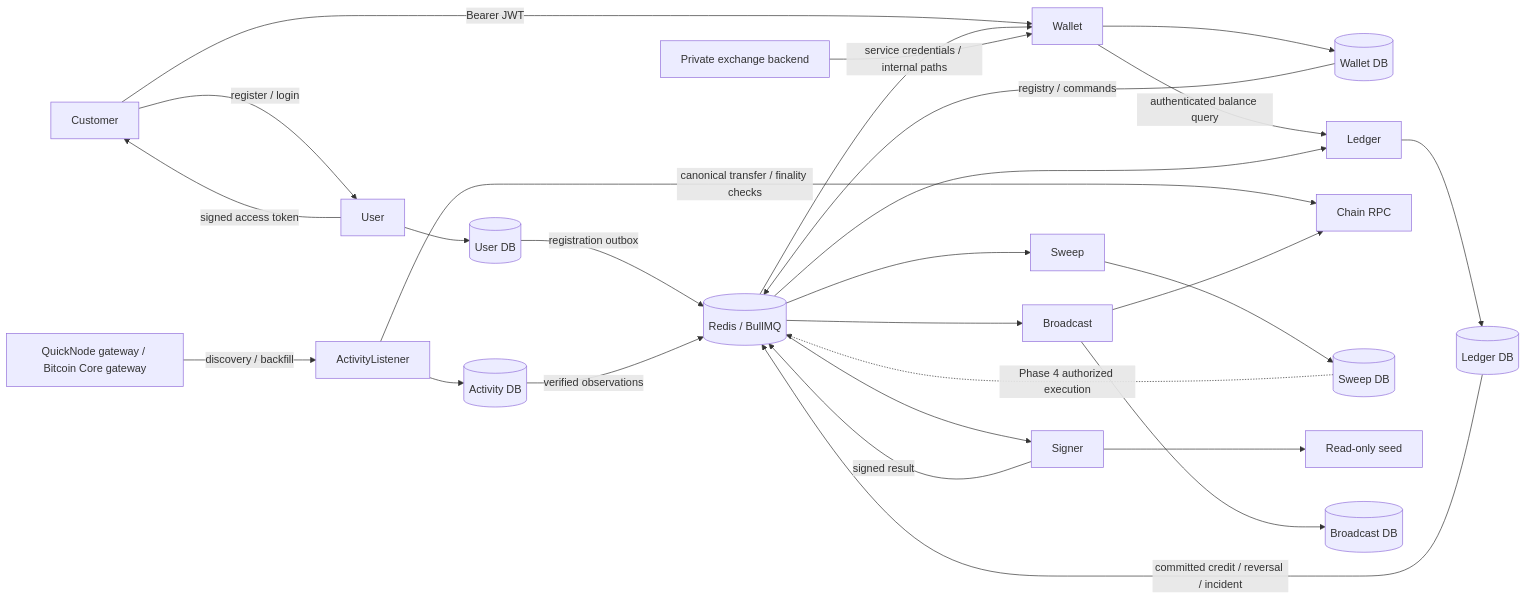
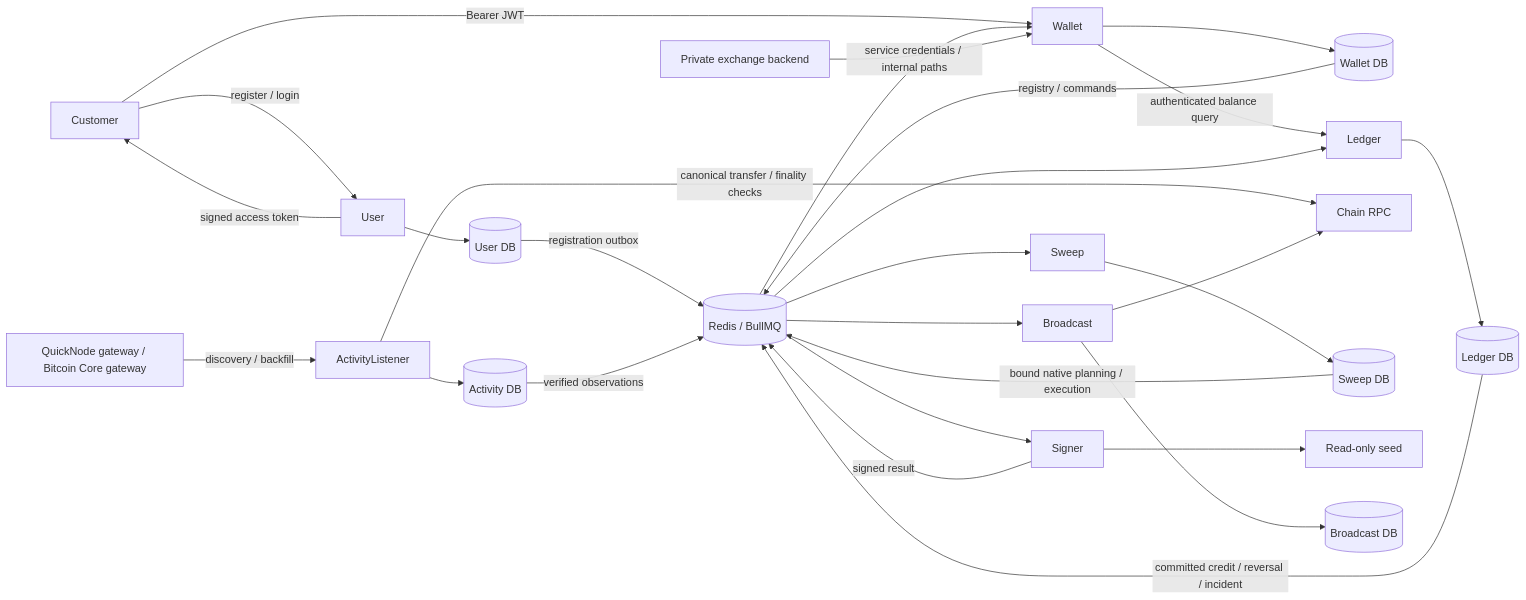
Before and after one commit to EmmanuelAmodu/Wallet-Service: the diagram in docs/architecture.md, drawn with Mermaid. The commit also changed other lines of this file and 39 other files, not shown here.

````diff
--- a/docs/architecture.md
+++ b/docs/architecture.md
@@ -19,29 +19,29 @@
 ```mermaid
 flowchart LR
   Customer -->|register / login| User
   User -->|signed access token| Customer
   Customer -->|Bearer JWT| Wallet
   User --> UserDB[(User DB)]
   UserDB -->|registration outbox| Queue[(Redis / BullMQ)]
   Queue --> Wallet
   Backend[Private exchange backend] -->|service credentials / internal paths| Wallet
   Wallet --> WalletDB[(Wallet DB)]
   WalletDB -->|registry / commands| Queue
   Wallet -->|authenticated balance query| Ledger
   Provider[QuickNode gateway / Bitcoin Core gateway] -->|discovery / backfill| Activity[ActivityListener]
   Activity --> ActivityDB[(Activity DB)]
   Activity -->|canonical transfer / finality checks| RPC[Chain RPC]
   ActivityDB -->|verified observations| Queue
   Queue --> Ledger
   Ledger --> LedgerDB[(Ledger DB)]
   LedgerDB -->|committed credit / reversal / incident| Queue
   Queue --> Sweep
   Sweep --> SweepDB[(Sweep DB)]
-  SweepDB -.->|Phase 4 authorized execution| Queue
+  SweepDB -->|bound native planning / execution| Queue
   Queue --> Signer
   Signer --> Seed[Read-only seed]
   Signer -->|signed result| Queue
   Queue --> Broadcast
   Broadcast --> BroadcastDB[(Broadcast DB)]
   Broadcast --> RPC
 ```
````
